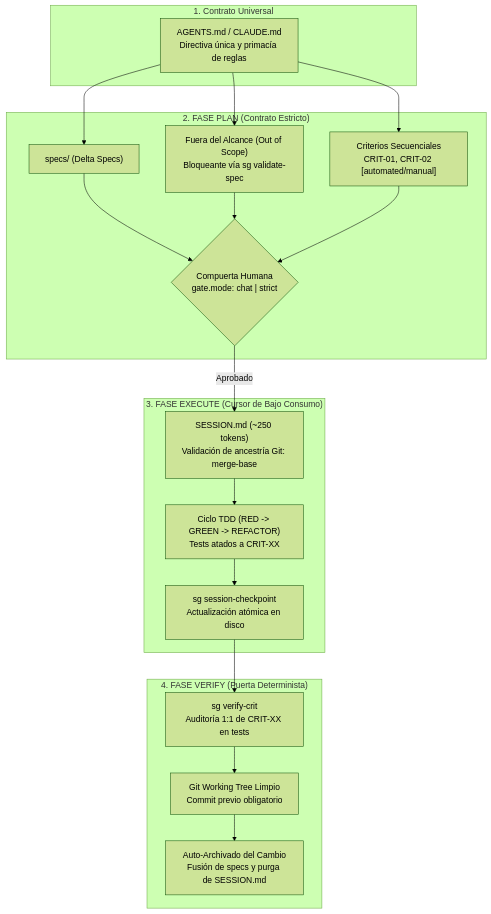
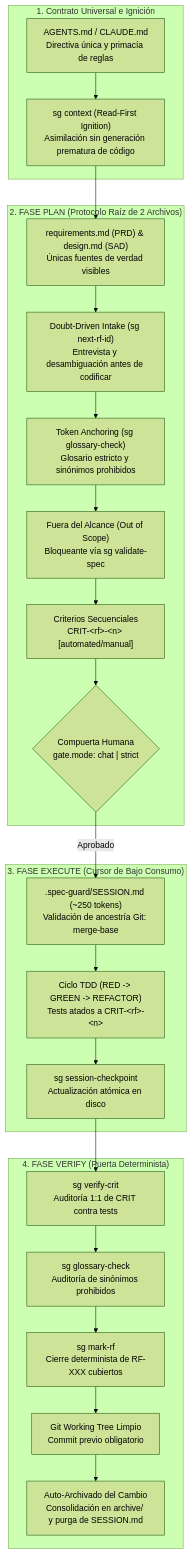
The diagram in README.md (fdomerlo/spec-guard), drawn with Mermaid (forest theme) before and after one commit. The commit also changed other lines of this file, not shown here.

Commit message:
docs: align README with 2-file root protocol, context anchoring and intake

````diff
--- a/README.md
+++ b/README.md
@@ -13,32 +13,39 @@
 ```mermaid
 graph TD
-    subgraph "1. Contrato Universal"
+    subgraph "1. Contrato Universal e Ignición"
         AGENTS["AGENTS.md / CLAUDE.md<br/>Directiva única y primacía de reglas"]
+        READ_FIRST["sg context (Read-First Ignition)<br/>Asimilación sin generación prematura de código"]
     end
 
-    subgraph "2. FASE PLAN (Contrato Estricto)"
-        DELTA["specs/ (Delta Specs)"]
+    subgraph "2. FASE PLAN (Protocolo Raíz de 2 Archivos)"
+        ROOT_DOCS["requirements.md (PRD) & design.md (SAD)<br/>Únicas fuentes de verdad visibles"]
+        DOUBT["Doubt-Driven Intake (sg next-rf-id)<br/>Entrevista y desambiguación antes de codificar"]
+        TOKEN_ANCHOR["Token Anchoring (sg glossary-check)<br/>Glosario estricto y sinónimos prohibidos"]
         SCOPE["Fuera del Alcance (Out of Scope)<br/>Bloqueante vía sg validate-spec"]
-        CRIT["Criterios Secuenciales<br/>CRIT-01, CRIT-02 [automated/manual]"]
+        CRIT["Criterios Secuenciales<br/>CRIT-&lt;rf&gt;-&lt;n&gt; [automated/manual]"]
         GATE{"Compuerta Humana<br/>gate.mode: chat | strict"}
     end
 
     subgraph "3. FASE EXECUTE (Cursor de Bajo Consumo)"
-        SESSION["SESSION.md (~250 tokens)<br/>Validación de ancestría Git: merge-base"]
-        TDD["Ciclo TDD (RED -> GREEN -> REFACTOR)<br/>Tests atados a CRIT-XX"]
+        SESSION[".spec-guard/SESSION.md (~250 tokens)<br/>Validación de ancestría Git: merge-base"]
+        TDD["Ciclo TDD (RED -> GREEN -> REFACTOR)<br/>Tests atados a CRIT-&lt;rf&gt;-&lt;n&gt;"]
         CHECKPOINT["sg session-checkpoint<br/>Actualización atómica en disco"]
     end
 
     subgraph "4. FASE VERIFY (Puerta Determinista)"
-        VERIFY_CRIT["sg verify-crit<br/>Auditoría 1:1 de CRIT-XX en tests"]
+        VERIFY_CRIT["sg verify-crit<br/>Auditoría 1:1 de CRIT contra tests"]
+        GLOSSARY_AUDIT["sg glossary-check<br/>Auditoría de sinónimos prohibidos"]
+        MARK_RF["sg mark-rf<br/>Cierre determinista de RF-XXX cubiertos"]
         CLEAN_GIT["Git Working Tree Limpio<br/>Commit previo obligatorio"]
-        ARCHIVE["Auto-Archivado del Cambio<br/>Fusión de specs y purga de SESSION.md"]
+        ARCHIVE["Auto-Archivado del Cambio<br/>Consolidación en archive/ y purga de SESSION.md"]
     end
 
-    AGENTS --> DELTA & SCOPE & CRIT
-    DELTA & SCOPE & CRIT --> GATE
+    AGENTS --> READ_FIRST
+    READ_FIRST --> ROOT_DOCS
+    ROOT_DOCS --> DOUBT --> TOKEN_ANCHOR --> SCOPE --> CRIT
+    CRIT --> GATE
     GATE -->|Aprobado| SESSION
     SESSION --> TDD --> CHECKPOINT
     CHECKPOINT --> VERIFY_CRIT
-    VERIFY_CRIT --> CLEAN_GIT --> ARCHIVE
+    VERIFY_CRIT --> GLOSSARY_AUDIT --> MARK_RF --> CLEAN_GIT --> ARCHIVE
 ```
````
